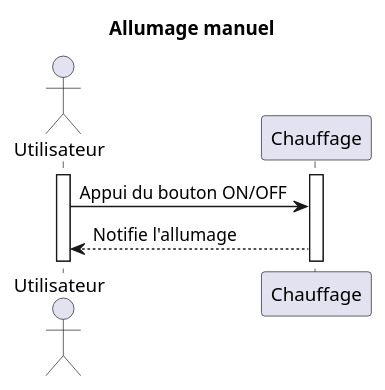
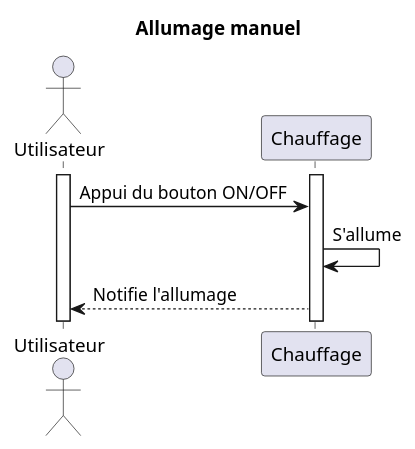
One commit to chauffapagnan/documentation changed the diagram in diagrams/seq/manual_turn_on.plantuml. Above: the diagram before and after it, drawn with PlantUML. The commit also changed 1 other file, not shown here.

```diff
--- a/diagrams/seq/manual_turn_on.plantuml
+++ b/diagrams/seq/manual_turn_on.plantuml
@@ -1,13 +1,14 @@
 @startuml
 
 title Allumage manuel
 
 actor Utilisateur
 
 activate Utilisateur
 activate Chauffage
 
 Utilisateur -> Chauffage: Appui du bouton ON/OFF
+Chauffage -> Chauffage: S'allume
 Chauffage --> Utilisateur: Notifie l'allumage
 
 @enduml
```
